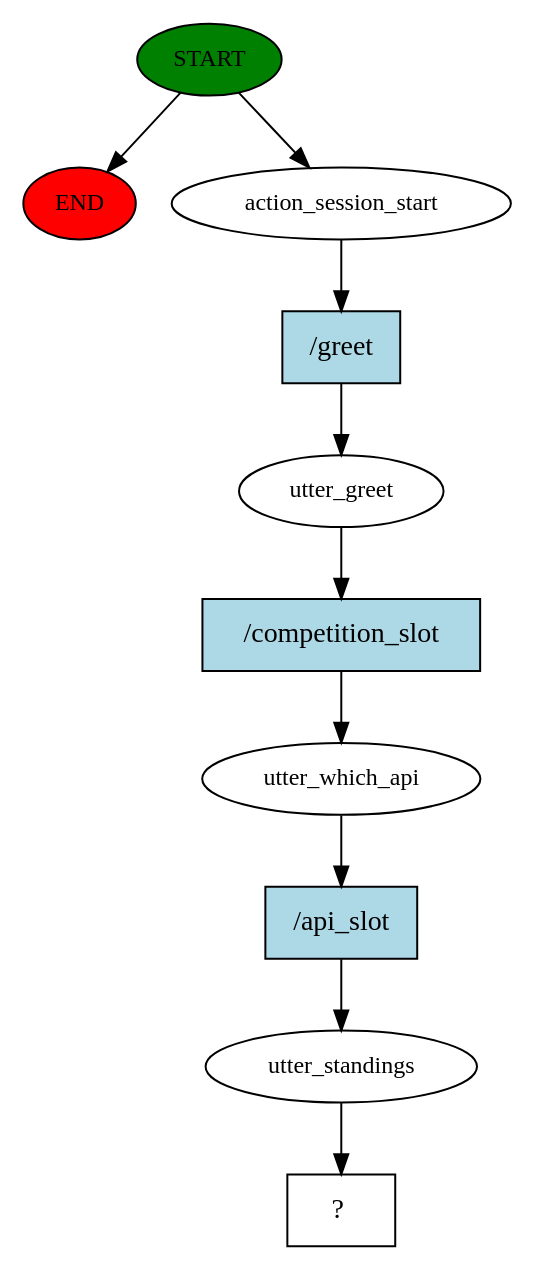
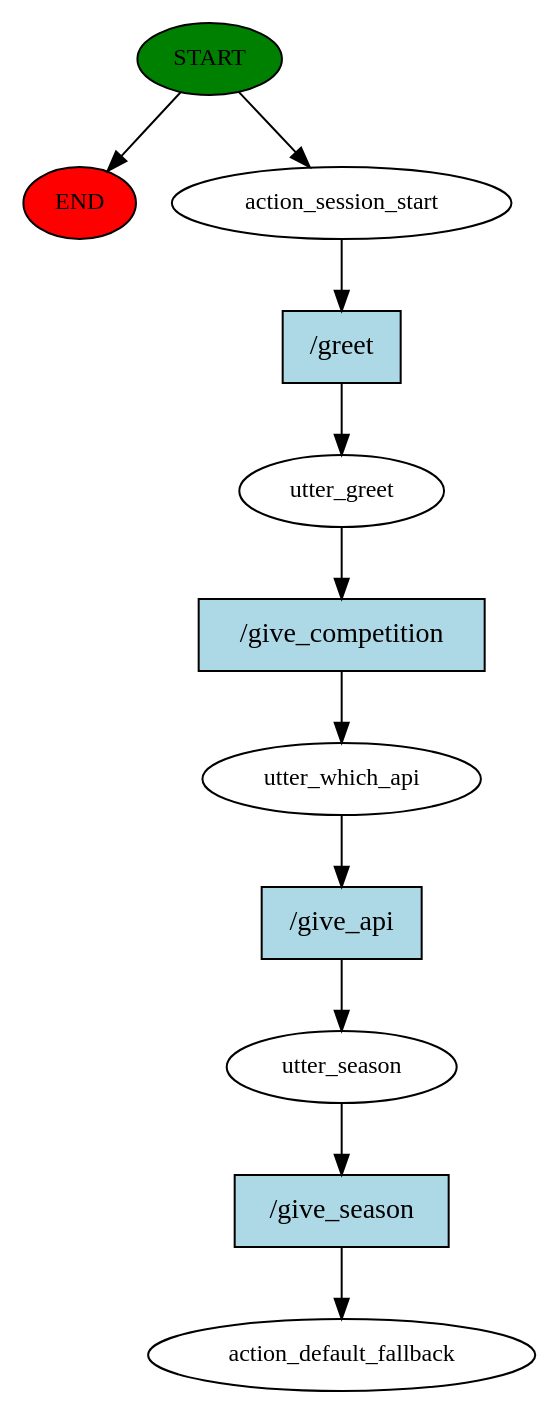
One commit to julenfu21/EurolIAgueAssistant changed the diagram in story_graph.dot. Above: the diagram before and after it, drawn with Graphviz. The commit also changed 4 other files, not shown here.

```diff
--- a/story_graph.dot
+++ b/story_graph.dot
@@ -1,21 +1,23 @@
 digraph  {
 0 [class="start active", fillcolor=green, fontsize=12, label=START, style=filled];
 "-1" [class=end, fillcolor=red, fontsize=12, label=END, style=filled];
 1 [class=active, fontsize=12, label=action_session_start];
 2 [class=active, fontsize=12, label=utter_greet];
 3 [class=active, fontsize=12, label=utter_which_api];
-4 [class=active, fontsize=12, label=utter_standings];
-5 [class="intent dashed active", label="  ?  ", shape=rect];
+4 [class=active, fontsize=12, label=utter_season];
+5 [class="dashed active", fontsize=12, label=action_default_fallback];
 6 [class="intent active", fillcolor=lightblue, label="/greet", shape=rect, style=filled];
-7 [class="intent active", fillcolor=lightblue, label="/competition_slot", shape=rect, style=filled];
-8 [class="intent active", fillcolor=lightblue, label="/api_slot", shape=rect, style=filled];
+7 [class="intent active", fillcolor=lightblue, label="/give_competition", shape=rect, style=filled];
+8 [class="intent active", fillcolor=lightblue, label="/give_api", shape=rect, style=filled];
+9 [class="intent active", fillcolor=lightblue, label="/give_season", shape=rect, style=filled];
 0 -> "-1"  [class="", key=NONE, label=""];
 0 -> 1  [class=active, key=NONE, label=""];
 1 -> 6  [class=active, key=0];
 2 -> 7  [class=active, key=0];
 3 -> 8  [class=active, key=0];
-4 -> 5  [class=active, key=NONE, label=""];
+4 -> 9  [class=active, key=0];
 6 -> 2  [class=active, key=0];
 7 -> 3  [class=active, key=0];
 8 -> 4  [class=active, key=0];
+9 -> 5  [class=active, key=0];
 }
```
